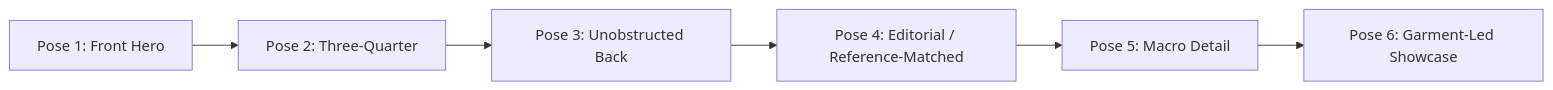
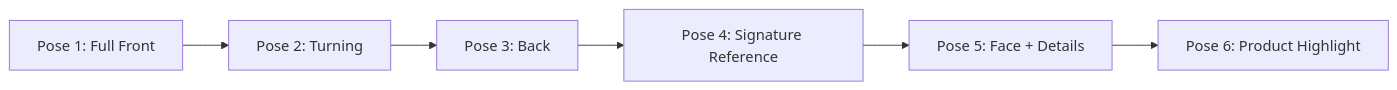
One commit to pawanshukla500/aistudio-youthnic changed the first of 2 diagrams in youthnic-ai-studio-docs/studio/pose-planning.mdx. Above: the diagram before and after it, drawn with Mermaid. The commit also changed other lines of this file and 23 other files, not shown here.

````diff
--- a/youthnic-ai-studio-docs/studio/pose-planning.mdx
+++ b/youthnic-ai-studio-docs/studio/pose-planning.mdx
@@ -10,8 +10,8 @@
 ```mermaid
 graph LR
-    A[Pose 1: Front Hero] --> B[Pose 2: Three-Quarter]
-    B --> C[Pose 3: Unobstructed Back]
-    C --> D[Pose 4: Editorial / Reference-Matched]
-    D --> E[Pose 5: Macro Detail]
-    E --> F[Pose 6: Garment-Led Showcase]
+    A[Pose 1: Full Front] --> B[Pose 2: Turning]
+    B --> C[Pose 3: Back]
+    C --> D[Pose 4: Signature Reference]
+    D --> E[Pose 5: Face + Details]
+    E --> F[Pose 6: Product Highlight]
 ```
````
